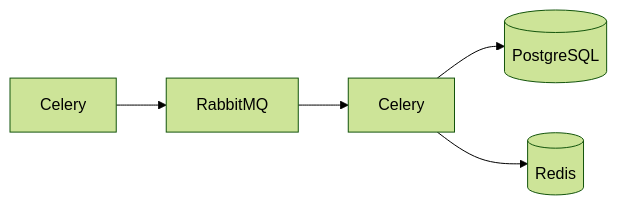
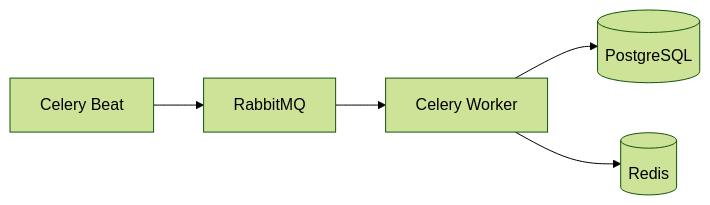
One commit to vinotq/dating-bot changed the fifth of 5 diagrams in docs/data-flow-diagram.md. Above: the diagram before and after it, drawn with Mermaid (forest theme). The commit also changed other lines of this file and 1 other file, not shown here.

Commit message:
Updated component and data-flow diagrams

````diff
--- a/docs/data-flow-diagram.md
+++ b/docs/data-flow-diagram.md
@@ -48,7 +48,7 @@
 ```mermaid
 flowchart LR
-    BEAT[Celery] --> MQ[RabbitMQ]
-    MQ --> WORKER[Celery]
+    BEAT[Celery Beat] --> MQ[RabbitMQ]
+    MQ --> WORKER[Celery Worker]
     WORKER --> PG[(PostgreSQL)]
     WORKER --> REDIS[(Redis)]
 ```
````
